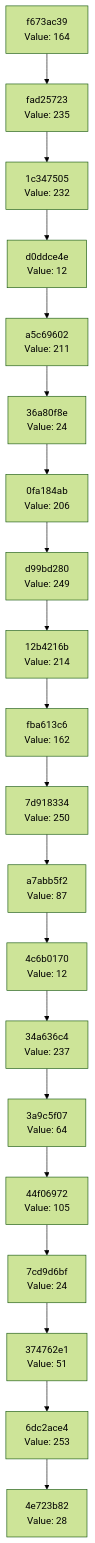
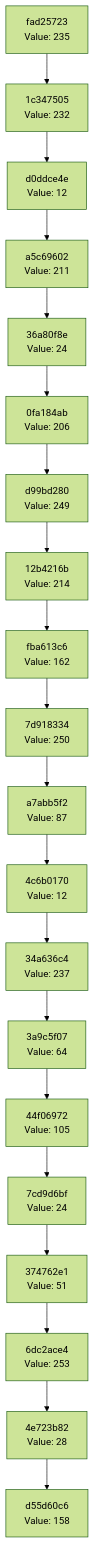
One commit to Abhisheksinha1506/hash-chain-evolver changed the diagram in docs/CHAIN_VISUALIZATION.md. Above: the diagram before and after it, drawn with Mermaid (forest theme). The commit also changed 3 other files, not shown here.

````diff
--- a/docs/CHAIN_VISUALIZATION.md
+++ b/docs/CHAIN_VISUALIZATION.md
@@ -3,42 +3,42 @@
 ```mermaid
 graph TD
-    C0["4e723b82<br/>Value: 28"]
-    C1["6dc2ace4<br/>Value: 253"]
+    C0["d55d60c6<br/>Value: 158"]
+    C1["4e723b82<br/>Value: 28"]
     C1 --> C0
-    C2["374762e1<br/>Value: 51"]
+    C2["6dc2ace4<br/>Value: 253"]
     C2 --> C1
-    C3["7cd9d6bf<br/>Value: 24"]
+    C3["374762e1<br/>Value: 51"]
     C3 --> C2
-    C4["44f06972<br/>Value: 105"]
+    C4["7cd9d6bf<br/>Value: 24"]
     C4 --> C3
-    C5["3a9c5f07<br/>Value: 64"]
+    C5["44f06972<br/>Value: 105"]
     C5 --> C4
-    C6["34a636c4<br/>Value: 237"]
+    C6["3a9c5f07<br/>Value: 64"]
     C6 --> C5
-    C7["4c6b0170<br/>Value: 12"]
+    C7["34a636c4<br/>Value: 237"]
     C7 --> C6
-    C8["a7abb5f2<br/>Value: 87"]
+    C8["4c6b0170<br/>Value: 12"]
     C8 --> C7
-    C9["7d918334<br/>Value: 250"]
+    C9["a7abb5f2<br/>Value: 87"]
     C9 --> C8
-    C10["fba613c6<br/>Value: 162"]
+    C10["7d918334<br/>Value: 250"]
     C10 --> C9
-    C11["12b4216b<br/>Value: 214"]
+    C11["fba613c6<br/>Value: 162"]
     C11 --> C10
-    C12["d99bd280<br/>Value: 249"]
+    C12["12b4216b<br/>Value: 214"]
     C12 --> C11
-    C13["0fa184ab<br/>Value: 206"]
+    C13["d99bd280<br/>Value: 249"]
     C13 --> C12
-    C14["36a80f8e<br/>Value: 24"]
+    C14["0fa184ab<br/>Value: 206"]
     C14 --> C13
-    C15["a5c69602<br/>Value: 211"]
+    C15["36a80f8e<br/>Value: 24"]
     C15 --> C14
-    C16["d0ddce4e<br/>Value: 12"]
+    C16["a5c69602<br/>Value: 211"]
     C16 --> C15
-    C17["1c347505<br/>Value: 232"]
+    C17["d0ddce4e<br/>Value: 12"]
     C17 --> C16
-    C18["fad25723<br/>Value: 235"]
+    C18["1c347505<br/>Value: 232"]
     C18 --> C17
-    C19["f673ac39<br/>Value: 164"]
+    C19["fad25723<br/>Value: 235"]
     C19 --> C18
 ```
````
